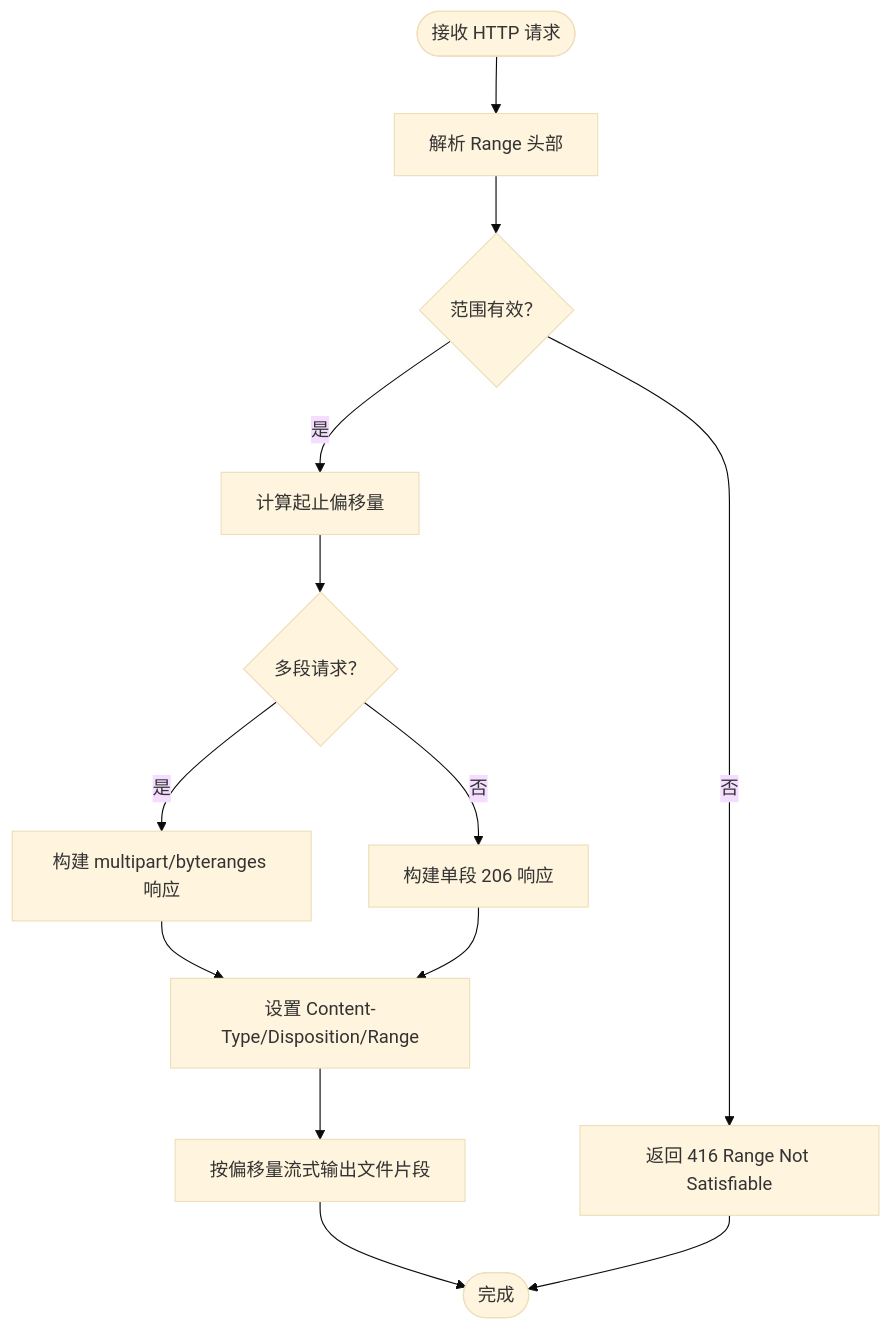
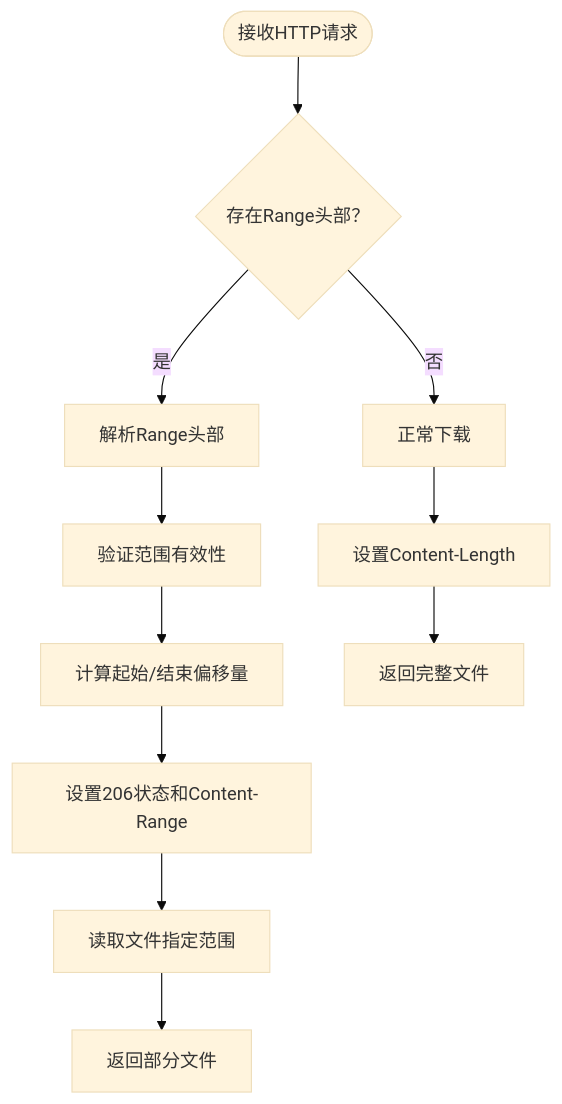
One commit to leadiot/Scm.Net changed the eighth of 9 diagrams in .qoder/repowiki/zh/content/文件管理系统/文件上传下载/文件下载.md. Above: the diagram before and after it, drawn with Mermaid (base theme). The commit also changed other lines of this file and 7 other files, not shown here.

````diff
--- a/.qoder/repowiki/zh/content/文件管理系统/文件上传下载/文件下载.md
+++ b/.qoder/repowiki/zh/content/文件管理系统/文件上传下载/文件下载.md
@@ -210,15 +414,13 @@
 ```mermaid
 flowchart TD
-Start(["接收 HTTP 请求"]) --> ParseRange["解析 Range 头部"]
-ParseRange --> Validate{"范围有效？"}
-Validate --> |否| Return416["返回 416 Range Not Satisfiable"]
-Validate --> |是| CalcOffsets["计算起止偏移量"]
-CalcOffsets --> MultiRange{"多段请求？"}
-MultiRange --> |是| BuildMulti["构建 multipart/byteranges 响应"]
-MultiRange --> |否| BuildSingle["构建单段 206 响应"]
-BuildMulti --> SetHeaders["设置 Content-Type/Disposition/Range"]
-BuildSingle --> SetHeaders
-SetHeaders --> Stream["按偏移量流式输出文件片段"]
-Stream --> End(["完成"])
-Return416 --> End
+Start(["接收HTTP请求"]) --> CheckRange{"存在Range头部？"}
+CheckRange --> |否| NormalDownload["正常下载"]
+CheckRange --> |是| ParseRange["解析Range头部"]
+ParseRange --> ValidateRange["验证范围有效性"]
+ValidateRange --> CalcRange["计算起始/结束偏移量"]
+CalcRange --> SetHeaders["设置206状态和Content-Range"]
+SetHeaders --> ReadFile["读取文件指定范围"]
+ReadFile --> ReturnPartial["返回部分文件"]
+NormalDownload --> SetContentLength["设置Content-Length"]
+SetContentLength --> ReturnFull["返回完整文件"]
 ```
````
